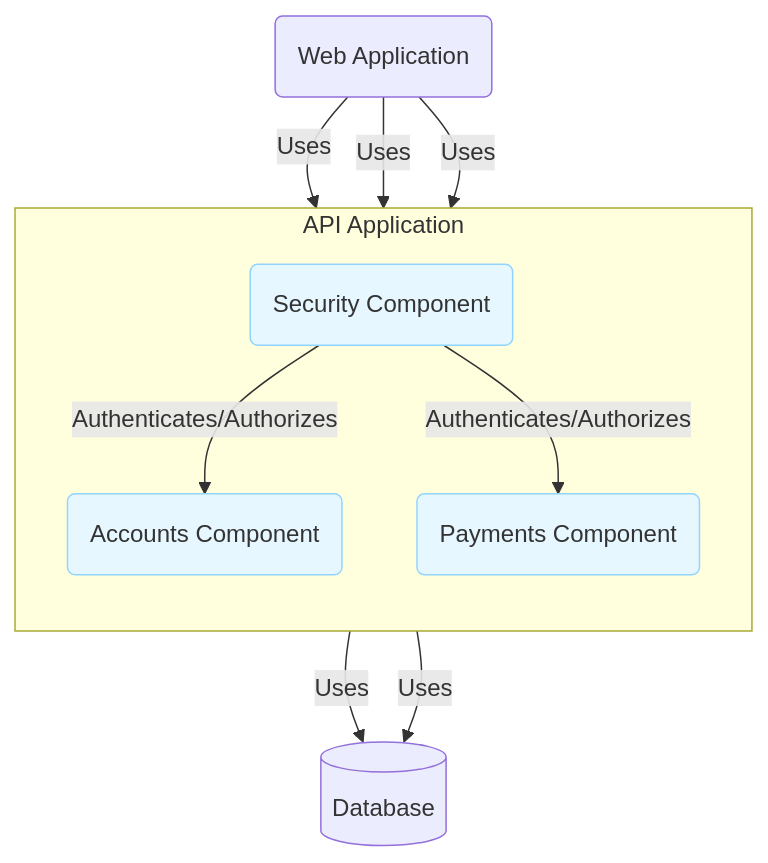
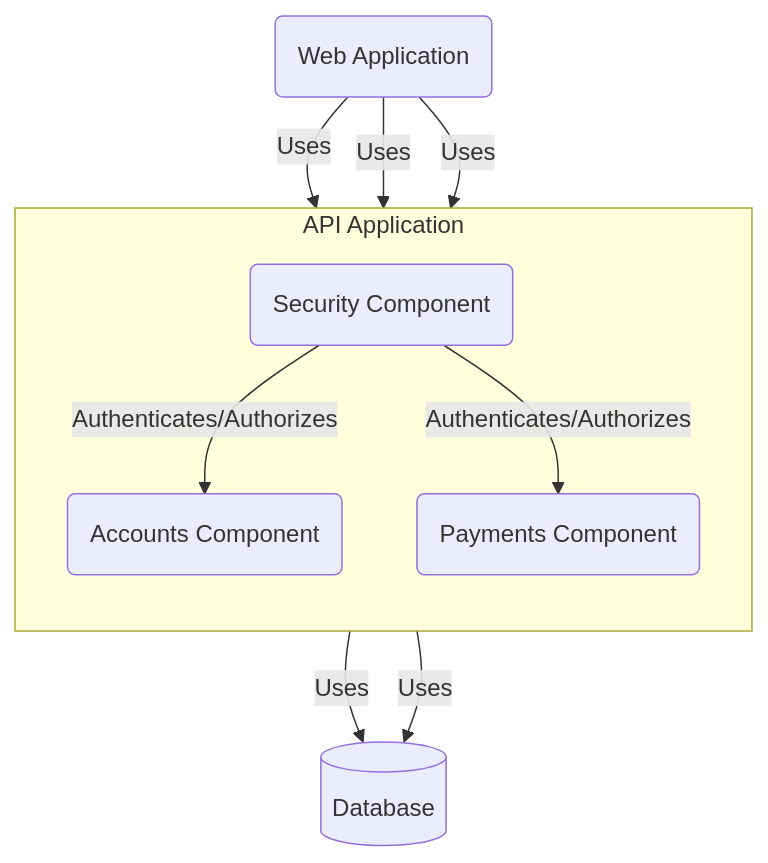
One commit to sujith-eag/sujith-library changed the fifth of 8 diagrams in docs/software-modeling/c4-model.md. Above: the diagram before and after it, drawn with Mermaid. The commit also changed other lines of this file and 41 other files, not shown here.

First line of the commit message:
Refactor diagrams and remove redundant styles in documentation

````diff
--- a/docs/software-modeling/c4-model.md
+++ b/docs/software-modeling/c4-model.md
@@ -175,24 +147,20 @@
 ```mermaid
 graph TD
     subgraph "API Application"
         direction TB
 
         security(Security Component)
         accounts(Accounts Component)
         payments(Payments Component)
 
         security -- "Authenticates/Authorizes" --> accounts
         security -- "Authenticates/Authorizes" --> payments
     end
 
     webapp(Web Application) -- "Uses" --> security
     webapp -- "Uses" --> accounts
     webapp -- "Uses" --> payments
     
     accounts -- "Uses" --> db[(Database)]
     payments -- "Uses" --> db
-    
-    style security fill:#e6f7ff,stroke:#91d5ff
-    style accounts fill:#e6f7ff,stroke:#91d5ff
-    style payments fill:#e6f7ff,stroke:#91d5ff
 ```
````
